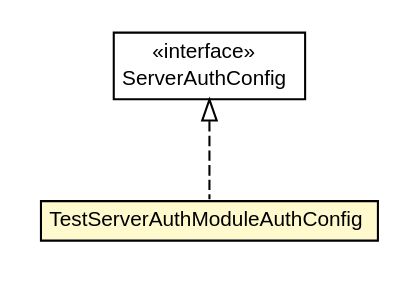
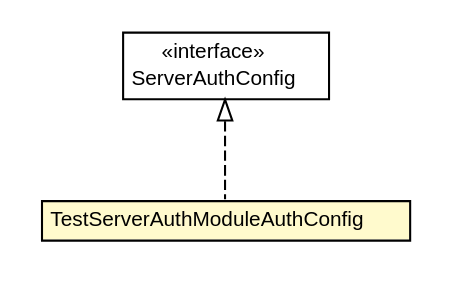
Before and after one commit to trajano/jaspic-tester: the diagram in test-server-auth-module/apidocs/net/trajano/auth/TestServerAuthModuleAuthConfig.dot, drawn with Graphviz. The commit also changed 108 other files, not shown here.

```diff
--- a/test-server-auth-module/apidocs/net/trajano/auth/TestServerAuthModuleAuthConfig.dot
+++ b/test-server-auth-module/apidocs/net/trajano/auth/TestServerAuthModuleAuthConfig.dot
@@ -1,27 +1,27 @@
 #!/usr/local/bin/dot
 #
 # Class diagram 
 # Generated by UMLGraph version R5_6-24-gf6e263 (http://www.umlgraph.org/)
 #
 
 digraph G {
-	edge [fontname="arial",fontsize=10,labelfontname="arial",labelfontsize=10];
-	node [fontname="arial",fontsize=10,shape=plaintext];
+	edge [fontname="Helvetica",fontsize=10,labelfontname="Helvetica",labelfontsize=10];
+	node [fontname="Helvetica",fontsize=10,shape=plaintext];
 	nodesep=0.25;
 	ranksep=0.5;
 	// net.trajano.auth.TestServerAuthModuleAuthConfig
-	c31 [label=<<table title="net.trajano.auth.TestServerAuthModuleAuthConfig" border="0" cellborder="1" cellspacing="0" cellpadding="2" port="p" bgcolor="lemonChiffon" href="./TestServerAuthModuleAuthConfig.html">
+	c33 [label=<<table title="net.trajano.auth.TestServerAuthModuleAuthConfig" border="0" cellborder="1" cellspacing="0" cellpadding="2" port="p" bgcolor="lemonChiffon" href="./TestServerAuthModuleAuthConfig.html">
 		<tr><td><table border="0" cellspacing="0" cellpadding="1">
 <tr><td align="center" balign="center"> TestServerAuthModuleAuthConfig </td></tr>
 		</table></td></tr>
-		</table>>, URL="./TestServerAuthModuleAuthConfig.html", fontname="arial", fontcolor="black", fontsize=10.0];
+		</table>>, URL="./TestServerAuthModuleAuthConfig.html", fontname="Helvetica", fontcolor="black", fontsize=10.0];
 	//net.trajano.auth.TestServerAuthModuleAuthConfig implements javax.security.auth.message.config.ServerAuthConfig
-	c36:p -> c31:p [dir=back,arrowtail=empty,style=dashed];
+	c36:p -> c33:p [dir=back,arrowtail=empty,style=dashed];
 	// javax.security.auth.message.config.ServerAuthConfig
 	c36 [label=<<table title="javax.security.auth.message.config.ServerAuthConfig" border="0" cellborder="1" cellspacing="0" cellpadding="2" port="p" href="http://java.sun.com/j2se/1.4.2/docs/api/javax/security/auth/message/config/ServerAuthConfig.html">
 		<tr><td><table border="0" cellspacing="0" cellpadding="1">
 <tr><td align="center" balign="center"> &#171;interface&#187; </td></tr>
 <tr><td align="center" balign="center"> ServerAuthConfig </td></tr>
 		</table></td></tr>
-		</table>>, URL="http://java.sun.com/j2se/1.4.2/docs/api/javax/security/auth/message/config/ServerAuthConfig.html", fontname="arial", fontcolor="black", fontsize=10.0];
+		</table>>, URL="http://java.sun.com/j2se/1.4.2/docs/api/javax/security/auth/message/config/ServerAuthConfig.html", fontname="Helvetica", fontcolor="black", fontsize=10.0];
 }
```
